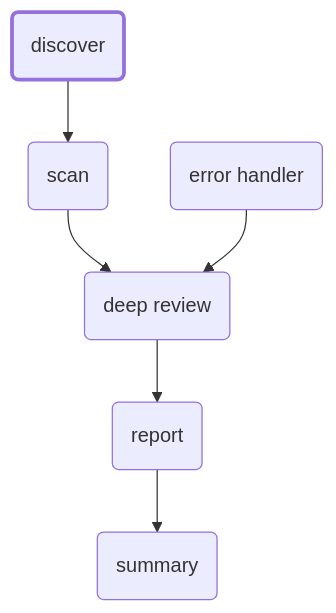
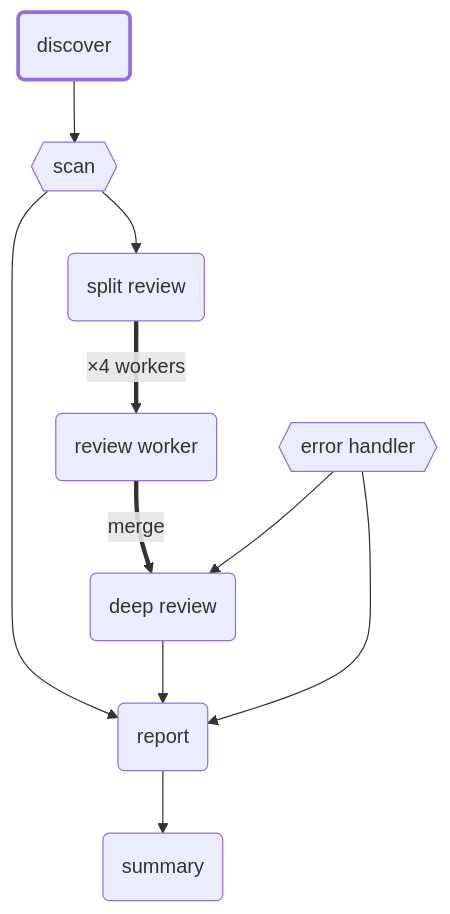
The diagram in docs/assets/agents/src/reviewer.mmd (GEMISIS/leviath), drawn with Mermaid before and after one commit. The commit also changed 52 other files, not shown here.

```diff
--- a/docs/assets/agents/src/reviewer.mmd
+++ b/docs/assets/agents/src/reviewer.mmd
@@ -1,14 +1,20 @@
 flowchart TD
     discover(discover)
-    scan(scan)
+    scan{{scan}}
+    split_review(split review)
+    review_worker(review worker)
     deep_review(deep review)
     report(report)
-    error_handler(error handler)
+    error_handler{{error handler}}
     summary(summary)
     discover --> scan
-    scan --> deep_review
+    scan --> split_review
+    scan --> report
+    split_review ==>|×4 workers| review_worker
+    review_worker ==>|merge| deep_review
     deep_review --> report
     report --> summary
+    error_handler --> report
     error_handler --> deep_review
     classDef entry stroke-width:3px
     class discover entry
```
